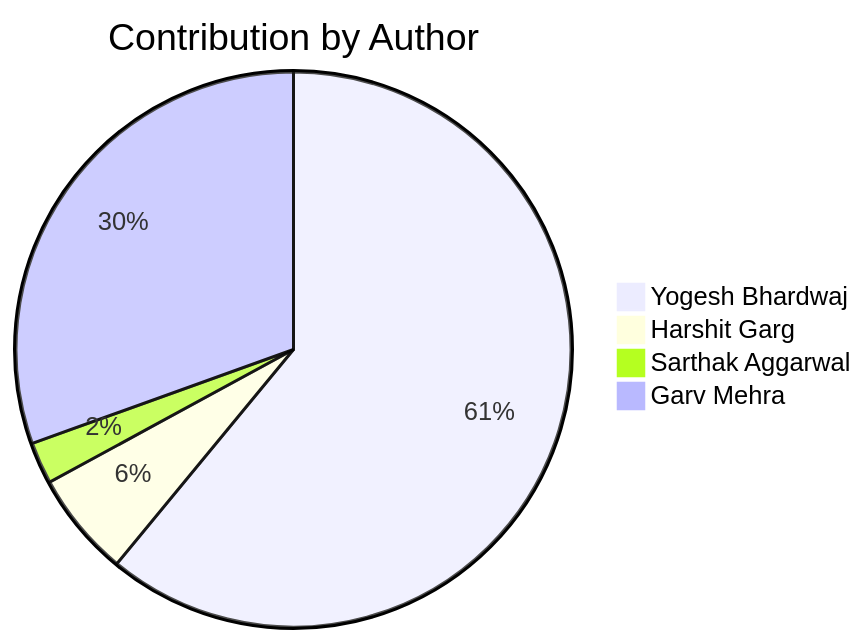
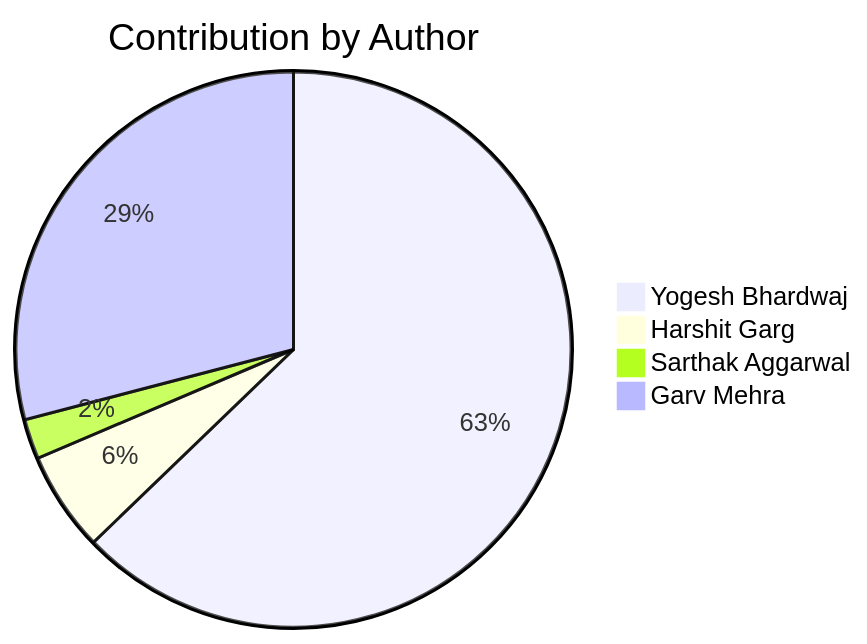
Before and after one commit to Yogesh-Bhardwaj-hue/Scm-Final_2.0: the diagram in README.md, drawn with Mermaid. The commit also changed other lines of this file, not shown here.

Commit message:
Update contribution charts

````diff
--- a/README.md
+++ b/README.md
@@ -161,7 +161,7 @@
 ```mermaid
 pie title Contribution by Author
-    "Yogesh Bhardwaj": 50
+    "Yogesh Bhardwaj": 54
     "Harshit Garg": 5
     "Sarthak Aggarwal": 2
     "Garv Mehra": 25
 ```
````
